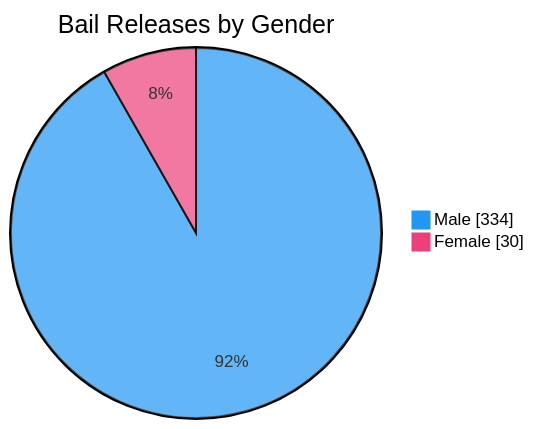
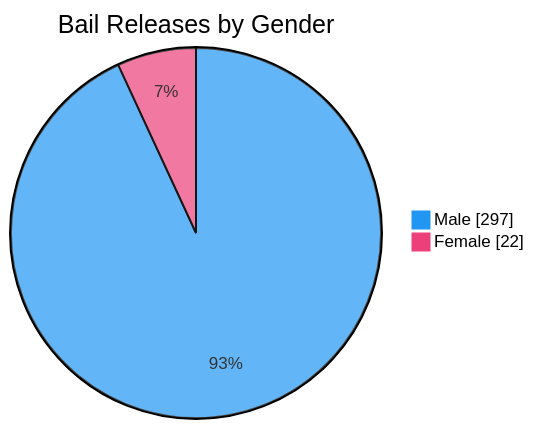
Before and after one commit to nuuuwan/lk_prisons: the seventh of 7 diagrams in README.md, drawn with Mermaid. The commit also changed other lines of this file and 1 other file, not shown here.

````diff
--- a/README.md
+++ b/README.md
@@ -109,6 +109,6 @@
 ```mermaid
 %%{init: {'themeVariables': {'pie1': '#2196F3', 'pie2': '#EC407A'}}}%%
 pie showData title Bail Releases by Gender
-    "Male" : 334
-    "Female" : 30
+    "Male" : 297
+    "Female" : 22
 ```
````
